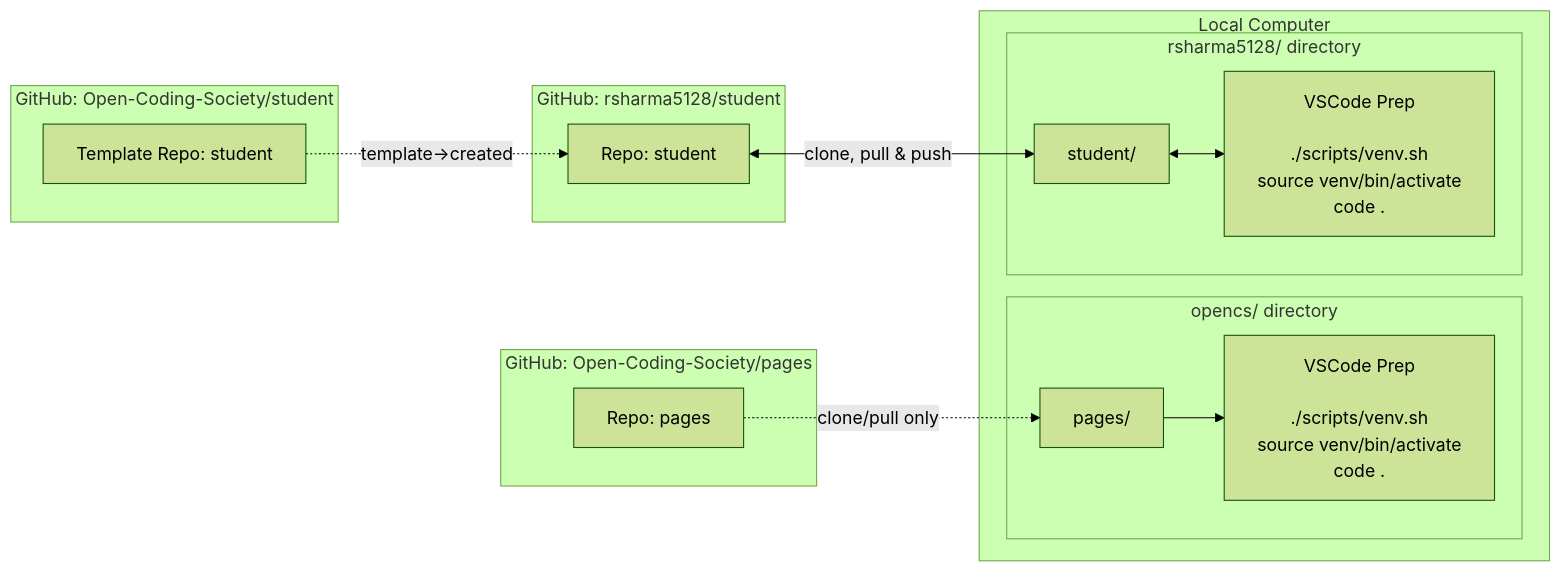
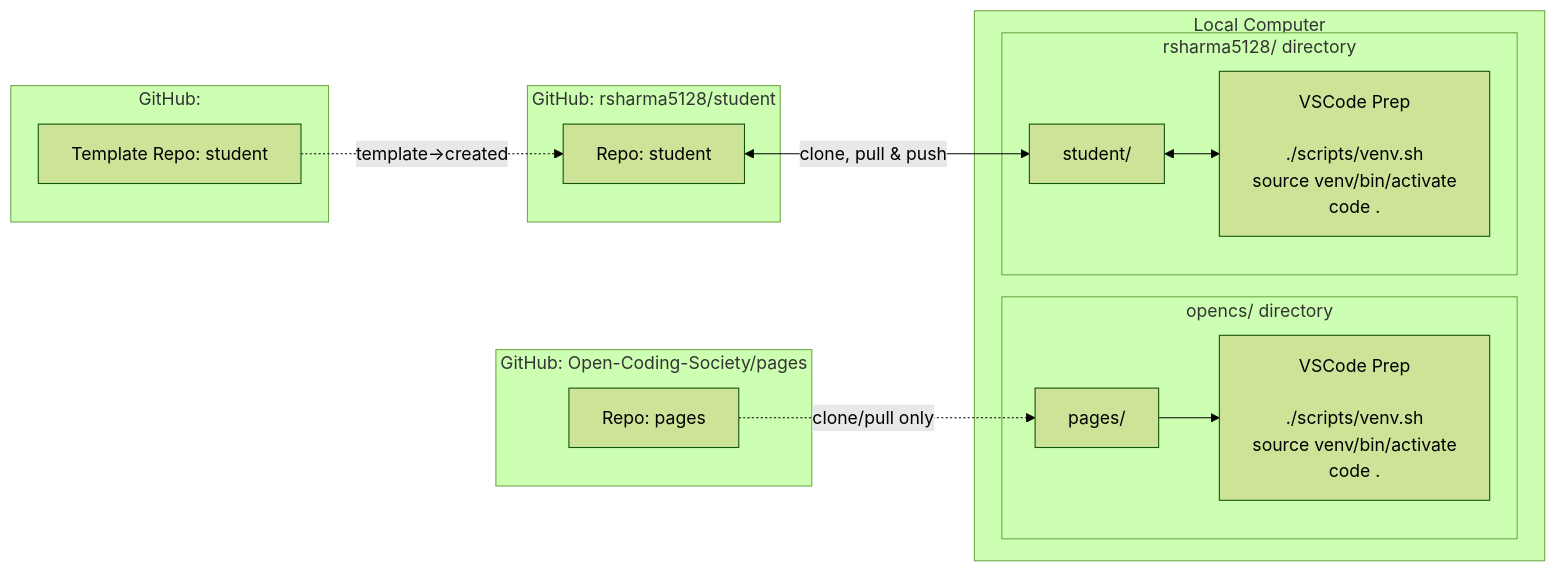
Before and after one commit to rsharma5128/student: the first of 2 diagrams in navigation/journey.md, drawn with Mermaid (forest theme). The commit also changed 2 other files, not shown here.

Commit message:
Adding images to about file and changing titles of journey and about

````diff
--- a/navigation/journey.md
+++ b/navigation/journey.md
@@ -17,39 +17,39 @@
 ```mermaid
 flowchart LR
     %% GitHub Sources
     subgraph GitHub_Pages[GitHub: Open-Coding-Society/pages]
         A[Repo: pages]:::repo
     end
 
-    subgraph GitHub_Template[GitHub: Open-Coding-Society/student]
+    subgraph GitHub_Template[GitHub:]
         T[Template Repo: student]:::repo
     end
 
     subgraph GitHub_Student[GitHub: rsharma5128/student]
         B[Repo: student]:::repo
     end
 
     %% Local Computer
     subgraph Local[Local Computer]
         subgraph opencs_dir[opencs/ directory]
             C[pages/]:::local
             Ccmd[VSCode Prep<br/><br/>./scripts/venv.sh<br/>source venv/bin/activate<br/>code .]:::cmd
         end
         subgraph user_dir[rsharma5128/ directory]
             D[student/]:::local
             Dcmd[VSCode Prep<br/><br/>./scripts/venv.sh<br/>source venv/bin/activate<br/>code .]:::cmd
         end
     end
 
     %% Arrows: cloning
     A -.->|clone/pull only| C
     B <--> |clone, pull & push| D
 
     %% Arrows: template relationship
     T -.->|template→created| B
 
     %% Arrows: commands
     C --> Ccmd
     D <--> Dcmd
 
 ```
````
